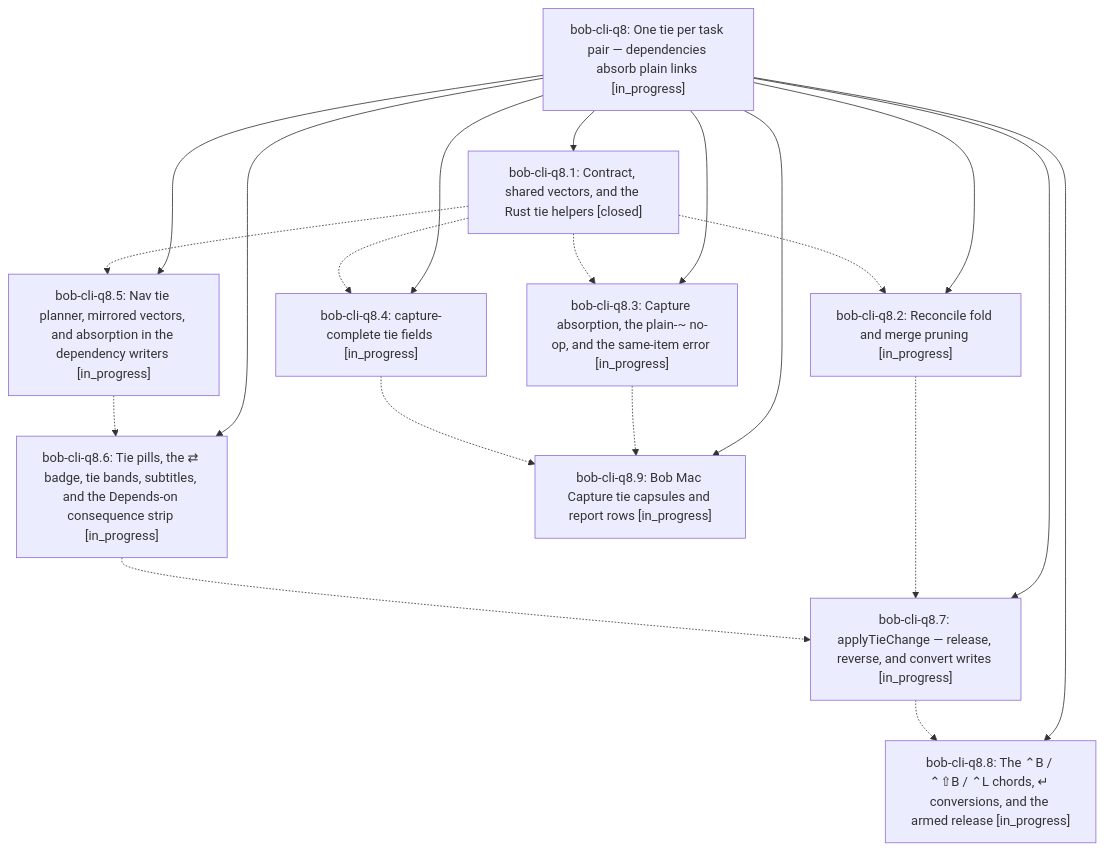
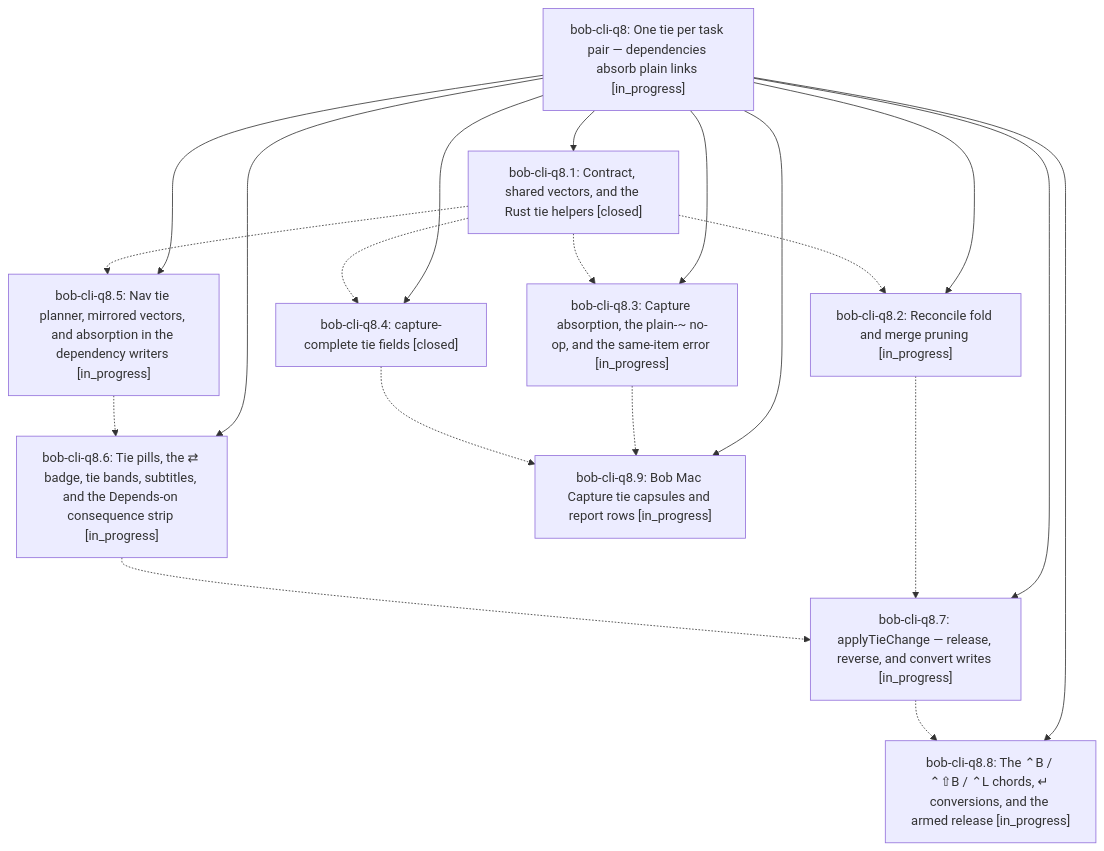
The diagram in pages/bob-cli-q8/README.md (bobs-org/bob-cli--beads), drawn with Mermaid before and after one commit. The commit also changed other lines of this file and 3 other files, not shown here.

First line of the commit message:
chore(beads): sync bead state and pages for bob-cli-q8

````diff
--- a/pages/bob-cli-q8/README.md
+++ b/pages/bob-cli-q8/README.md
@@ -42,32 +42,32 @@
 ```mermaid
 flowchart TD
     n0["bob-cli-q8: One tie per task pair — dependencies absorb plain links [in_progress]"]
     n1["bob-cli-q8.1: Contract, shared vectors, and the Rust tie helpers [closed]"]
     n2["bob-cli-q8.2: Reconcile fold and merge pruning [in_progress]"]
     n3["bob-cli-q8.3: Capture absorption, the plain-~ no-op, and the same-item error [in_progress]"]
-    n4["bob-cli-q8.4: capture-complete tie fields [in_progress]"]
+    n4["bob-cli-q8.4: capture-complete tie fields [closed]"]
     n5["bob-cli-q8.5: Nav tie planner, mirrored vectors, and absorption in the dependency writers [in_progress]"]
     n6["bob-cli-q8.6: Tie pills, the ⇄ badge, tie bands, subtitles, and the Depends-on consequence strip [in_progress]"]
     n7["bob-cli-q8.7: applyTieChange — release, reverse, and convert writes [in_progress]"]
     n8["bob-cli-q8.8: The ⌃B / ⌃⇧B / ⌃L chords, ↵ conversions, and the armed release [in_progress]"]
     n9["bob-cli-q8.9: Bob Mac Capture tie capsules and report rows [in_progress]"]
     n0 --> n1
     n0 --> n2
     n0 --> n3
     n0 --> n4
     n0 --> n5
     n0 --> n6
     n0 --> n7
     n0 --> n8
     n0 --> n9
     n1 -.-> n2
     n1 -.-> n3
     n1 -.-> n4
     n1 -.-> n5
     n2 -.-> n7
     n3 -.-> n9
     n4 -.-> n9
     n5 -.-> n6
     n6 -.-> n7
     n7 -.-> n8
 ```
````
